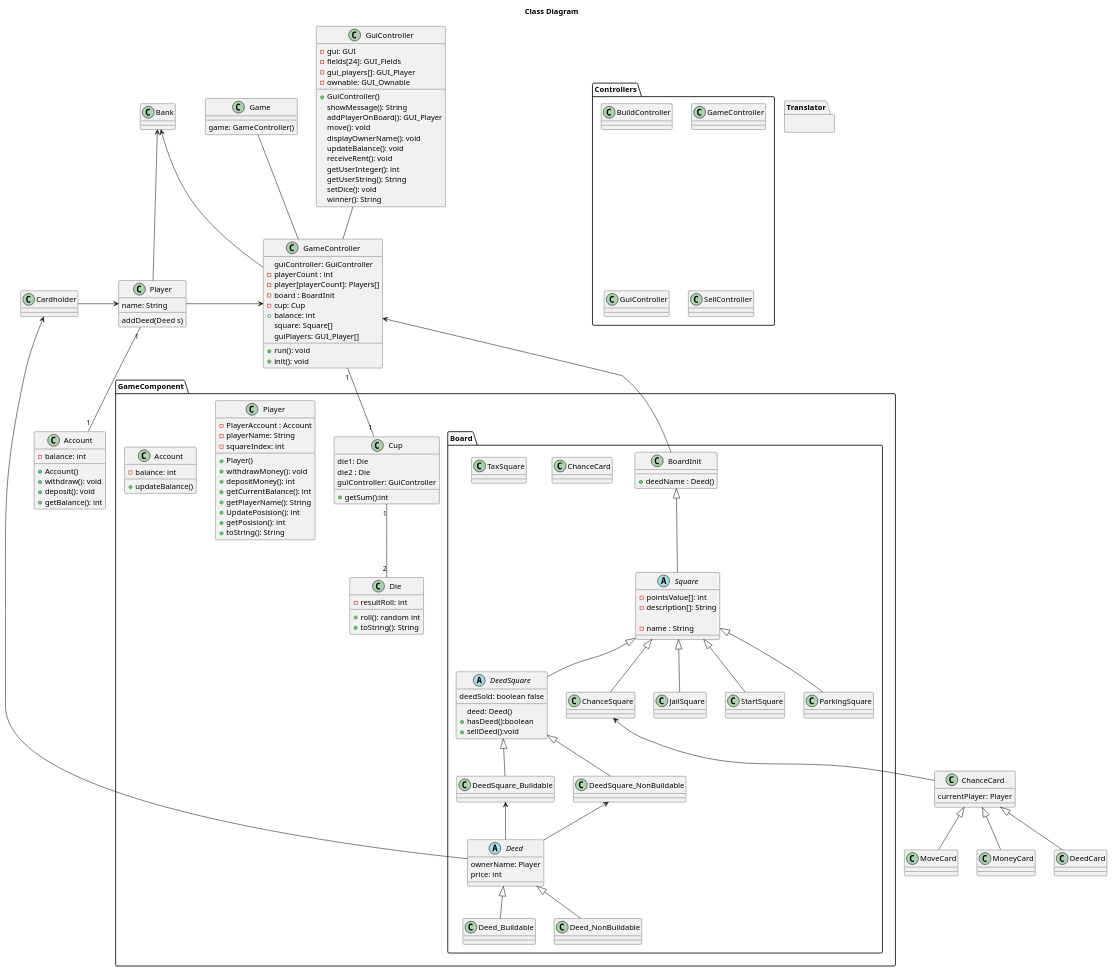
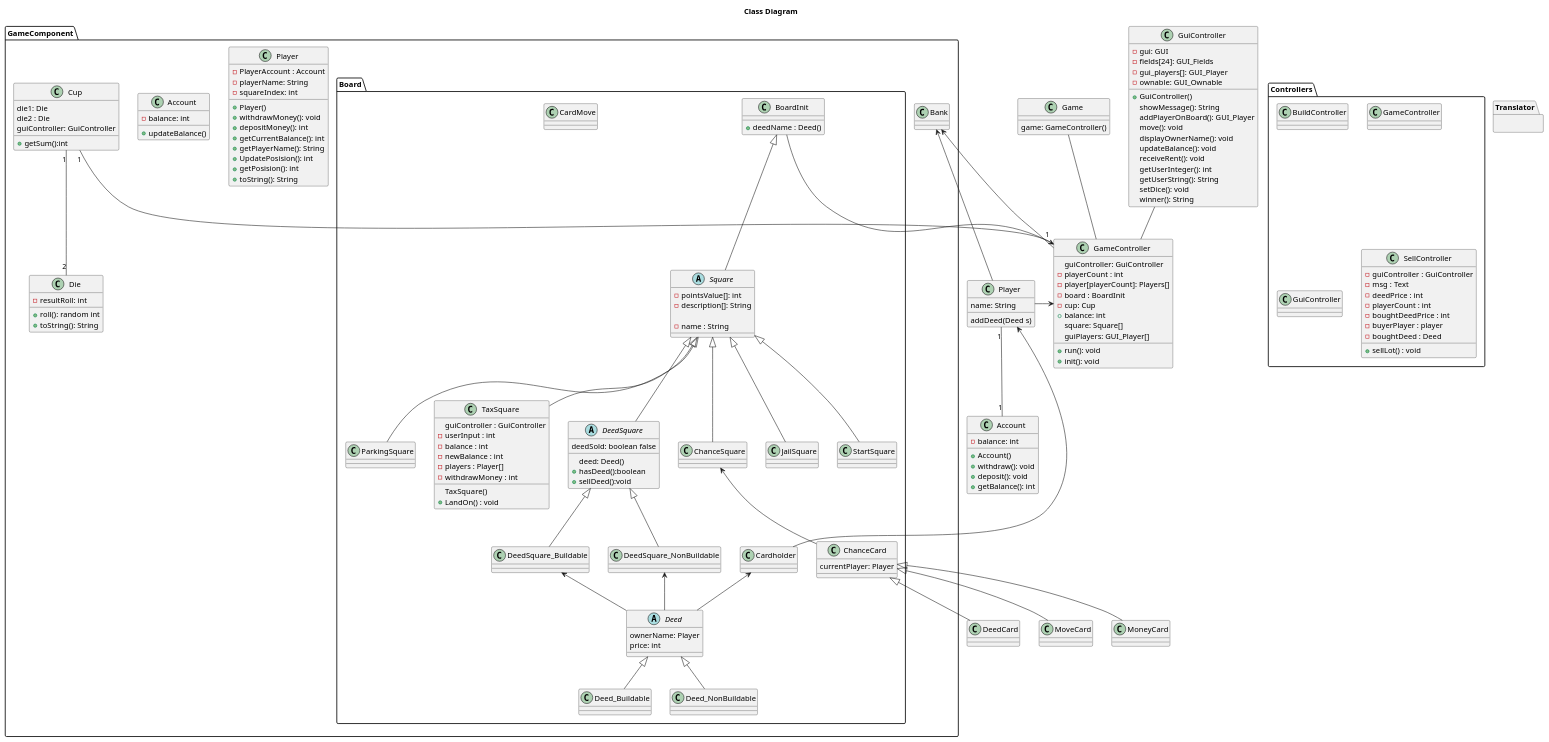
The diagram in Diagrams/ClassDiagram.puml (hellomelissaw/Matador), drawn with PlantUML before and after one commit. The commit also changed 2 other files, not shown here.

```diff
--- a/Diagrams/ClassDiagram.puml
+++ b/Diagrams/ClassDiagram.puml
@@ -8,7 +8,17 @@
 }
 
 class GuiController{}
-class SellController{}
+class SellController{
+- guiController : GuiController
+- msg : Text
+- deedPrice : int
+- playerCount : int
+- boughtDeedPrice : int
+- buyerPlayer : player
+- boughtDeed : Deed
+
++ sellLot() : void
+}
 }
 
 package "GameComponent"{
@@ -47,7 +57,16 @@
 price: int
 
 }
+class ChanceCard {
+currentPlayer: Player
 
+}
+
+class CardMove {
+
+}
+
+class Cardholder {}
 class Deed_Buildable{}
 
 class Deed_NonBuildable{}
@@ -60,7 +79,17 @@
 class StartSquare {}
 
 class ParkingSquare {}
-class TaxSquare{}
+class TaxSquare{
+guiController : GuiController
+- userInput : int
+- balance : int
+- newBalance : int
+- players : Player[]
+- withdrawMoney : int
+
+TaxSquare()
++ LandOn() : void
+}
 }
 
 class Cup{
@@ -96,6 +125,8 @@
 -balance: int
 +updateBalance()
 
+}
+class Bank {
 }
 
 }
@@ -162,19 +193,9 @@
 winner(): String
 }
 
-class ChanceCard {
-currentPlayer: Player
 
-}
 
-class MoveCard {
 
-}
-
-class Cardholder {}
-
-class Bank {
-}
 
 Bank <-down- GameController
 
@@ -189,6 +210,8 @@
 BoardInit <|-down- Square
 
 Square <|-down- DeedSquare
+
+Square <|-down- TaxSquare
 
 DeedSquare <|-down- DeedSquare_Buildable
 
```
